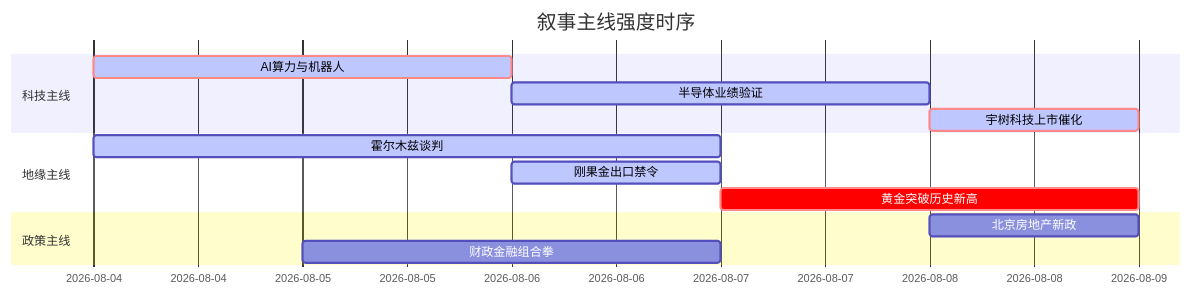
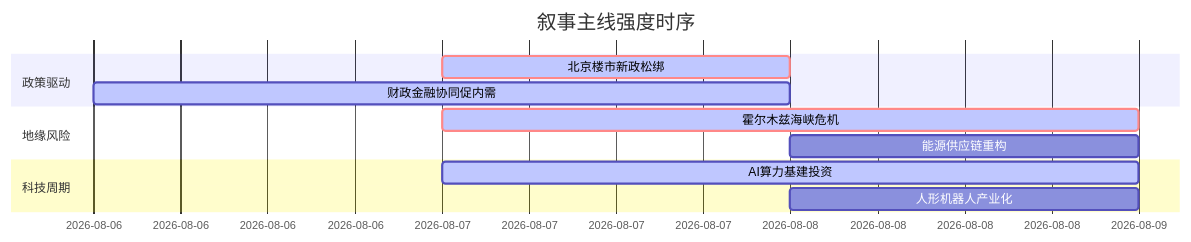
The diagram in 5day_report.md (uu5zn/uu5zn.github.io), drawn with Mermaid before and after one commit. The commit also changed other lines of this file and 3 other files, not shown here.

````diff
--- a/5day_report.md
+++ b/5day_report.md
@@ -54,18 +58,16 @@
 ```mermaid
 gantt
     title 叙事主线强度时序
     dateFormat YYYY-MM-DD
-    section 科技主线
-    AI算力与机器人   :crit, active, 2026-08-04, 2d
-    半导体业绩验证   :active, 2026-08-06, 2d
-    宇树科技上市催化 :crit, active, 2026-08-08, 1d
+    section 政策驱动
+    北京楼市新政松绑   :crit, active, 2026-08-07, 1d
+    财政金融协同促内需   :active, 2026-08-06, 2d
     
-    section 地缘主线
-    霍尔木兹谈判     :active, 2026-08-04, 3d
-    刚果金出口禁令   :active, 2026-08-06, 1d
-    黄金突破历史新高 :crit, 2026-08-07, 2d
+    section 地缘风险
+    霍尔木兹海峡危机   :crit, active, 2026-08-07, 2d
+    能源供应链重构   :2026-08-08, 1d
     
-    section 政策主线
-    北京房地产新政   :2026-08-08, 1d
-    财政金融组合拳   :2026-08-05, 2d
+    section 科技周期
+    AI算力基建投资   :active, 2026-08-07, 2d
+    人形机器人产业化   :2026-08-08, 1d
 ```
````
